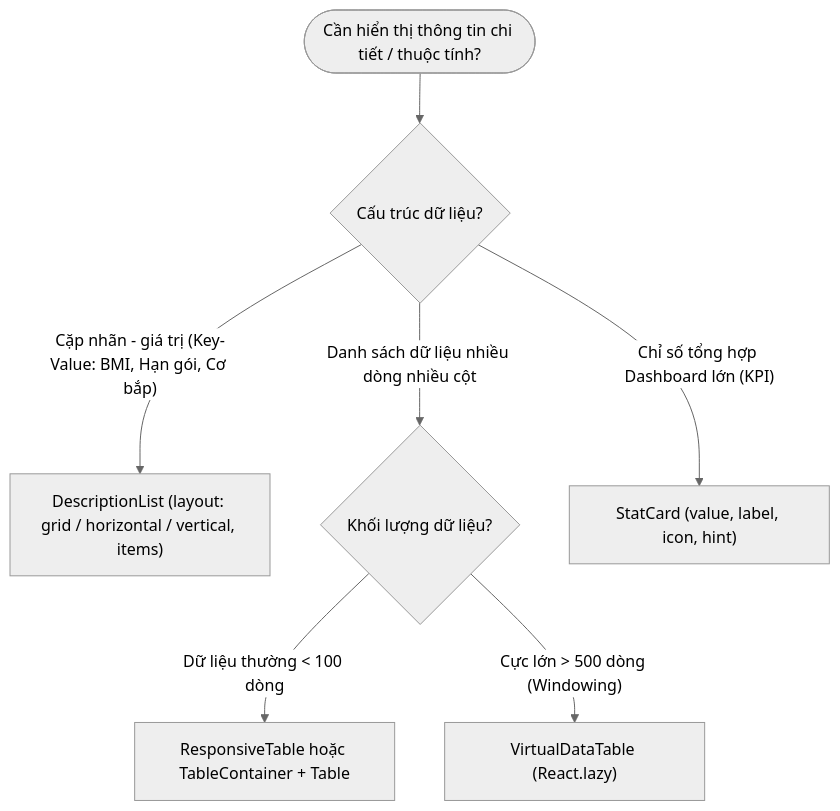
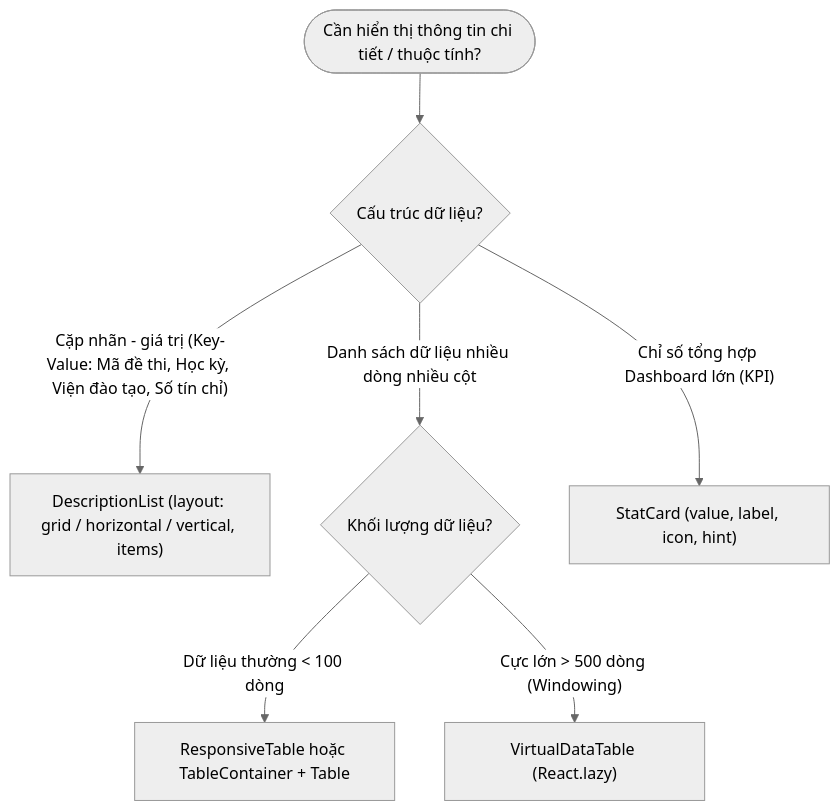
Diagram 12 of 13 in src/components/README.md (lethanhan01/Social-network-for-student-Generated-Question-Bank), drawn with Mermaid (neutral theme) before and after one commit. The commit also changed other lines of this file and 6 other files, not shown here.

````diff
--- a/src/components/README.md
+++ b/src/components/README.md
@@ -661,9 +757,9 @@
 ```mermaid
 graph TD
     Start(["Cần hiển thị thông tin chi tiết / thuộc tính?"]) --> DisplayType{Cấu trúc dữ liệu?}
-    DisplayType -->|"Cặp nhãn - giá trị (Key-Value: BMI, Hạn gói, Cơ bắp)"| D1["DescriptionList (layout: grid / horizontal / vertical, items)"]
+    DisplayType -->|"Cặp nhãn - giá trị (Key-Value: Mã đề thi, Học kỳ, Viện đào tạo, Số tín chỉ)"| D1["DescriptionList (layout: grid / horizontal / vertical, items)"]
     DisplayType -->|"Danh sách dữ liệu nhiều dòng nhiều cột"| D2{Khối lượng dữ liệu?}
     D2 -->|"Dữ liệu thường < 100 dòng"| D3["ResponsiveTable hoặc TableContainer + Table"]
     D2 -->|"Cực lớn > 500 dòng (Windowing)"| D4["VirtualDataTable (React.lazy)"]
     DisplayType -->|"Chỉ số tổng hợp Dashboard lớn (KPI)"| D5["StatCard (value, label, icon, hint)"]
 ```
````
